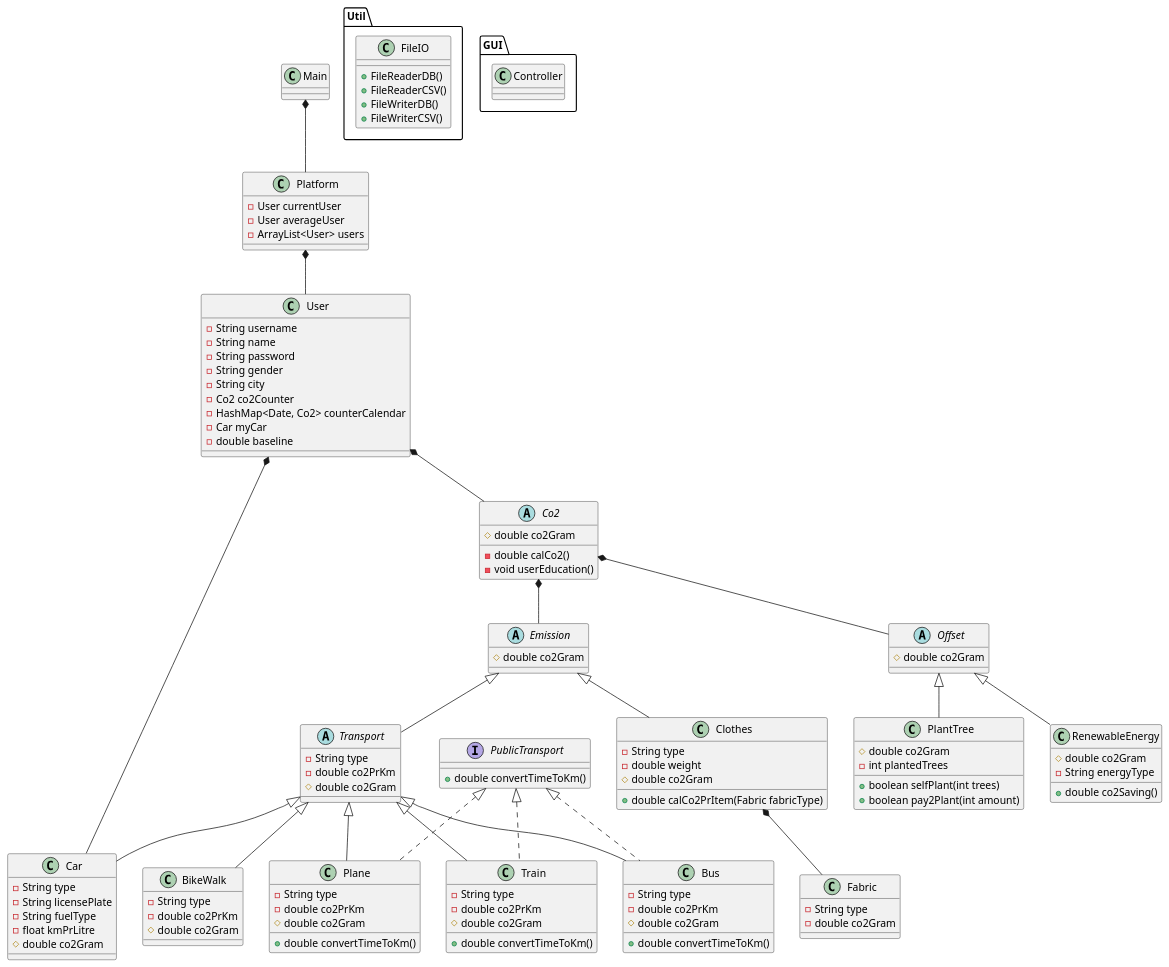
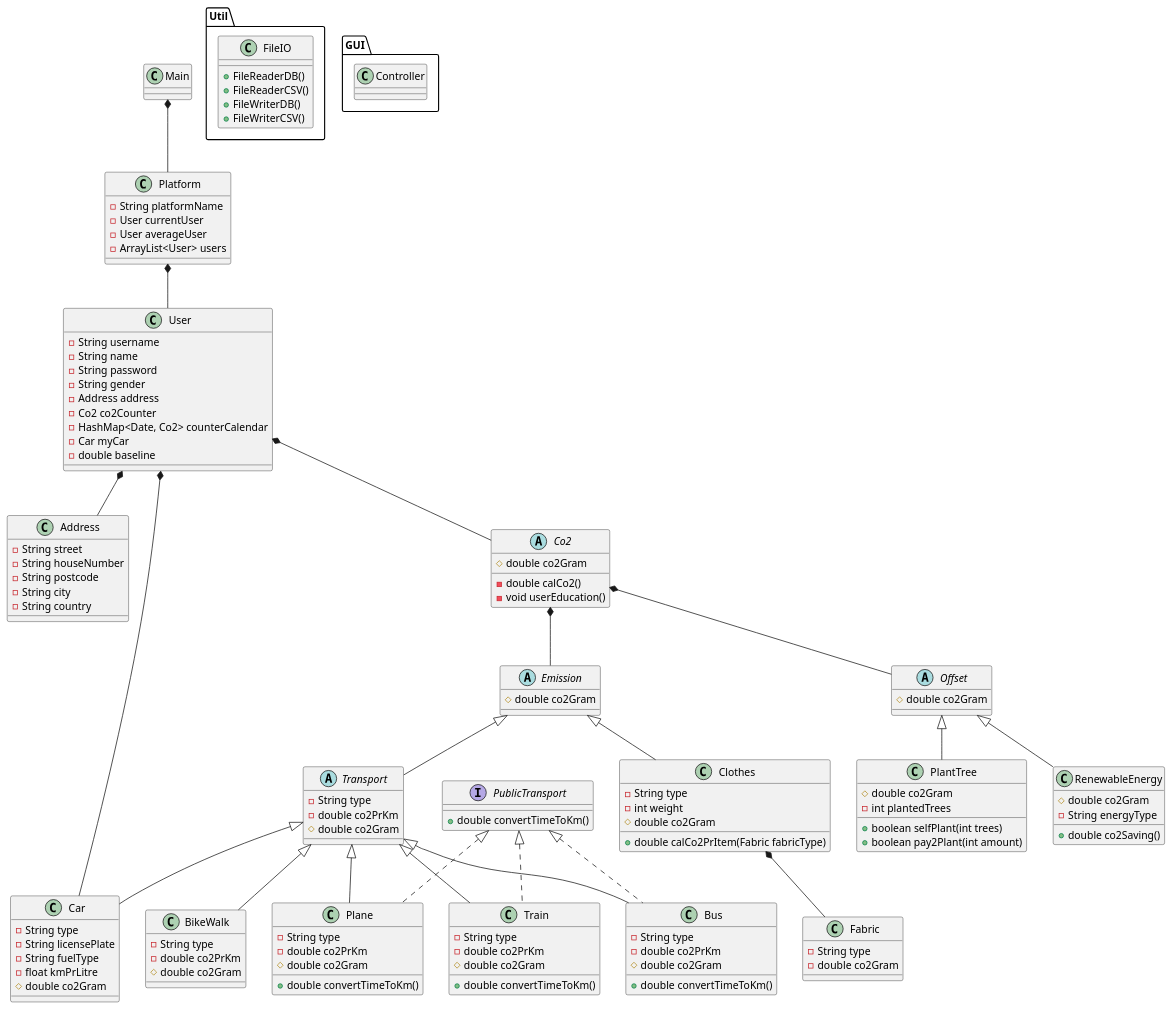
Before and after one commit to Styrse/ICE: the diagram in src/main/java/doc/classdiagram1.1.puml, drawn with PlantUML. The commit also changed 6 other files, not shown here.

```diff
--- a/src/main/java/doc/classdiagram1.1.puml
+++ b/src/main/java/doc/classdiagram1.1.puml
@@ -1,149 +1,159 @@
 @startuml
 'https://plantuml.com/class-diagram
 
 class Platform{
+- String platformName
 - User currentUser
 - User averageUser
 -ArrayList<User> users
 }
 
 class Main
 class User{
 - String username
 - String name
 - String password
 - String gender
-- String city
+- Address address
 - Co2 co2Counter
 - HashMap<Date, Co2> counterCalendar
 - Car myCar
 - double baseline
+}
+
+class Address{
+- String street
+- String houseNumber
+- String postcode
+- String city
+- String country
 }
 
 abstract Co2{
 # double co2Gram
 - double calCo2()
 - void userEducation()
 }
 
 abstract Emission{
 # double co2Gram
 
 }
 
 abstract Offset{
 # double co2Gram
 }
 
 class PlantTree{
 # double co2Gram
 - int plantedTrees
 + boolean selfPlant(int trees)
 + boolean pay2Plant(int amount)
 }
 
 class RenewableEnergy{
 # double co2Gram
 - String energyType
 + double co2Saving()
 }
 
 interface PublicTransport{
 + double convertTimeToKm()
 }
 
 abstract class Transport{
 - String type
 - double co2PrKm
 # double co2Gram
 }
 
 class Car{
 - String type
 - String licensePlate
 - String fuelType
 - float kmPrLitre
 # double co2Gram
 }
 
 class Plane implements PublicTransport{
 - String type
 - double co2PrKm
 + double convertTimeToKm()
 # double co2Gram
 }
 
 class Train implements PublicTransport{
 - String type
 - double co2PrKm
 + double convertTimeToKm()
 # double co2Gram
 }
 
 class Bus implements PublicTransport{
 - String type
 - double co2PrKm
 + double convertTimeToKm()
 # double co2Gram
 }
 
 class BikeWalk{
 - String type
 - double co2PrKm
 # double co2Gram
 }
 
 class Fabric{
 - String type
 - double co2Gram
 }
 
 class Clothes{
 - String type
-- double weight
+- int weight
 + double calCo2PrItem(Fabric fabricType)
 # double co2Gram
 }
 
 package "Util"{
 class FileIO{
 +FileReaderDB()
 +FileReaderCSV()
 +FileWriterDB()
 +FileWriterCSV()
 }
 }
 
 package "GUI"{
 class Controller
 }
 
 Main*-- Platform
 
 Emission <|-- Transport
 
 Platform *-- User
 
 Emission <|-- Clothes
 
 Clothes *-- Fabric
 
 User *-- Car
 User *-- Co2
+User *-- Address
 
 Co2 *-- Emission
 Co2 *-- Offset
 
 Offset <|-- RenewableEnergy
 
 Offset <|-- PlantTree
 
 Transport <|-- Plane
 Transport <|-- BikeWalk
 Transport <|-- Bus
 Transport <|-- Car
 Transport <|-- Train
 
 
 
 @enduml
```
